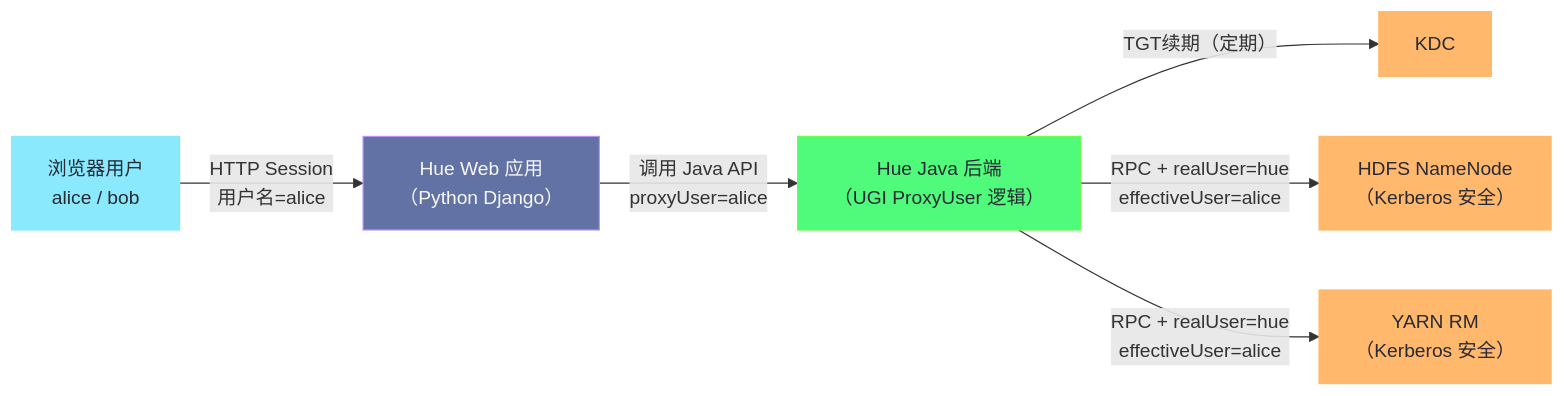
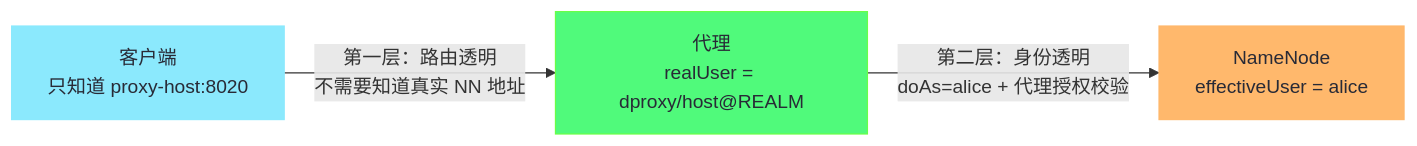
One commit to hpliStartAgain/my-brain changed the first of 5 diagrams in content/大数据/安全与认证/06 DProxy 透明代理原理与生产实践.md. Above: the diagram before and after it, drawn with Mermaid. The commit also changed other lines of this file and 455 other files, not shown here.

````diff
--- a/content/大数据/安全与认证/06 DProxy 透明代理原理与生产实践.md
+++ b/content/大数据/安全与认证/06 DProxy 透明代理原理与生产实践.md
@@ -199,21 +43,14 @@
 ```mermaid
 %%{init: {'theme': 'dracula'}}%%
 graph LR
-    classDef user fill:#8be9fd,stroke:#8be9fd,color:#282a36
-    classDef app fill:#6272a4,stroke:#bd93f9,color:#f8f8f2
+    classDef client fill:#8be9fd,stroke:#8be9fd,color:#282a36
     classDef proxy fill:#50fa7b,stroke:#69ff47,color:#282a36
-    classDef hadoop fill:#ffb86c,stroke:#ffb86c,color:#282a36
+    classDef backend fill:#ffb86c,stroke:#ffb86c,color:#282a36
 
-    A["浏览器用户</br>alice / bob"]:::user
-    B["Hue Web 应用</br>（Python Django）"]:::app
-    C["Hue Java 后端</br>（UGI ProxyUser 逻辑）"]:::proxy
-    D["HDFS NameNode</br>（Kerberos 安全）"]:::hadoop
-    E["YARN RM</br>（Kerberos 安全）"]:::hadoop
-    F["KDC"]:::hadoop
+    A["客户端<br/>只知道 proxy-host:8020"]:::client
+    B["代理<br/>realUser = dproxy/host@REALM"]:::proxy
+    C["NameNode<br/>effectiveUser = alice"]:::backend
 
-    A -->|"HTTP Session</br>用户名=alice"| B
-    B -->|"调用 Java API</br>proxyUser=alice"| C
-    C -->|"TGT续期（定期）"| F
-    C -->|"RPC + realUser=hue</br>effectiveUser=alice"| D
-    C -->|"RPC + realUser=hue</br>effectiveUser=alice"| E
+    A -->|"第一层：路由透明<br/>不需要知道真实 NN 地址"| B
+    B -->|"第二层：身份透明<br/>doAs=alice + 代理授权校验"| C
 ```
````
